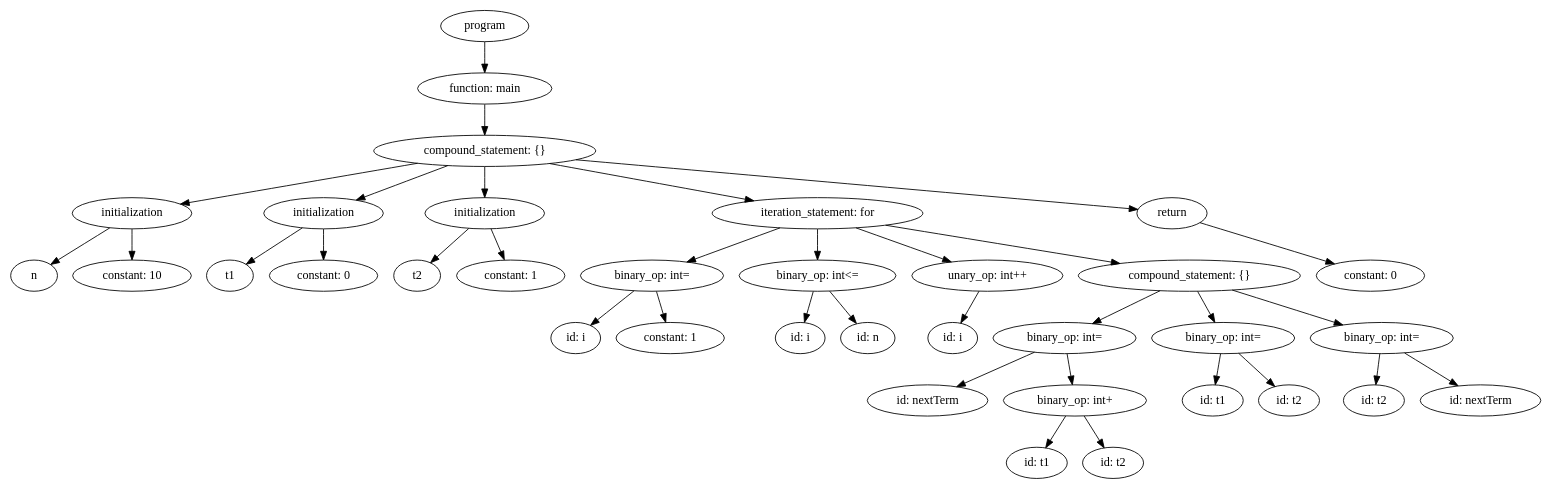
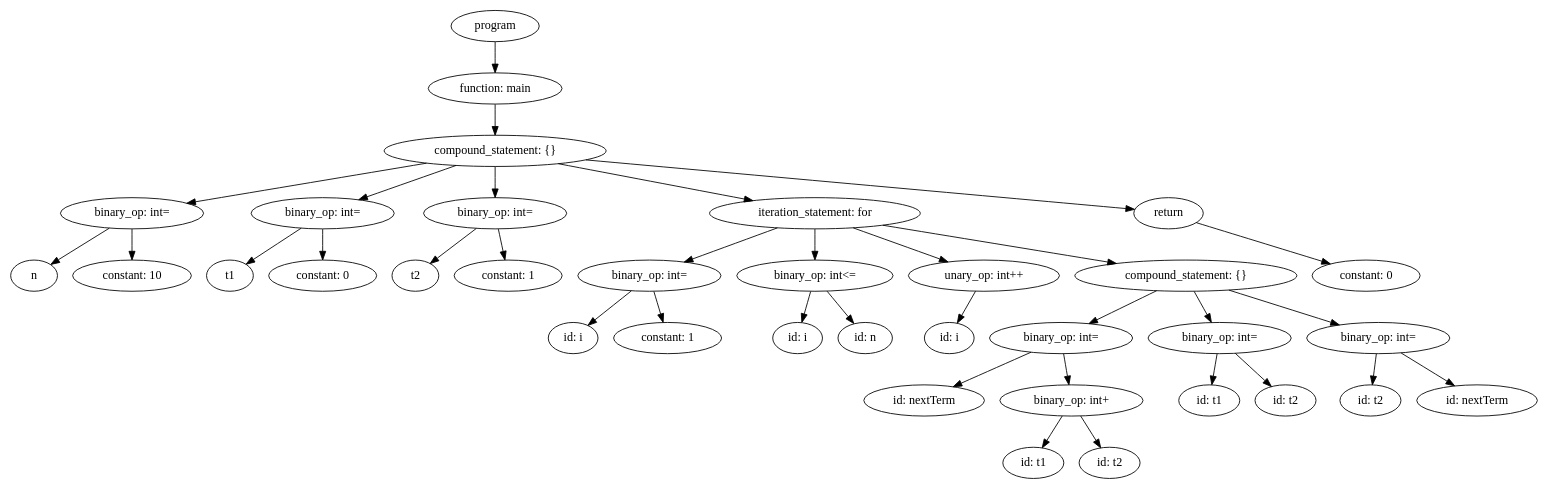
The diagram in output/test5.dot (rjnrohit/C-Compiler-CS335), drawn with Graphviz before and after one commit. The commit also changed 68 other files, not shown here.

```diff
--- a/output/test5.dot
+++ b/output/test5.dot
@@ -1,178 +1,178 @@
 strict digraph "" {
-	graph [bb="0,0,1765.5,540"];
+	graph [bb="0,0,1508.2,540"];
 	node [label="\N"];
 	45	[height=0.5,
 		label=program,
-		pos="547,522",
-		width=1.4082];
+		pos="490,522",
+		width=1.1389];
 	44	[height=0.5,
 		label="function: main",
-		pos="547,450",
-		width=2.1528];
-	45 -> 44	[pos="e,547,468.1 547,503.7 547,495.98 547,486.71 547,478.11"];
+		pos="490,450",
+		width=1.7512];
+	45 -> 44	[pos="e,490,468.1 490,503.7 490,495.98 490,486.71 490,478.11"];
 	43	[height=0.5,
 		label="compound_statement: {}",
-		pos="547,378",
-		width=3.5566];
-	44 -> 43	[pos="e,547,396.1 547,431.7 547,423.98 547,414.71 547,406.11"];
+		pos="490,378",
+		width=2.7984];
+	44 -> 43	[pos="e,490,396.1 490,431.7 490,423.98 490,414.71 490,406.11"];
 	9	[height=0.5,
-		label=initialization,
-		pos="140,306",
-		width=1.9167];
-	43 -> 9	[pos="e,195.97,316.63 469.49,363.67 393.16,350.54 277.85,330.71 205.84,318.32"];
+		label="binary_op: int=",
+		pos="126,306",
+		width=1.8234];
+	43 -> 9	[pos="e,178.17,317.03 424.08,364.32 357.09,351.44 254.08,331.63 188.38,319"];
 	13	[height=0.5,
-		label=initialization,
-		pos="361,306",
-		width=1.9167];
-	43 -> 13	[pos="e,398.74,321.2 504.33,360.94 475.71,350.17 437.99,335.98 408.43,324.85"];
+		label="binary_op: int=",
+		pos="320,306",
+		width=1.8234];
+	43 -> 13	[pos="e,354.84,321.35 451.85,361.29 425.84,350.58 391.32,336.37 364.13,325.17"];
 	17	[height=0.5,
-		label=initialization,
-		pos="547,306",
-		width=1.9167];
-	43 -> 17	[pos="e,547,324.1 547,359.7 547,351.98 547,342.71 547,334.11"];
+		label="binary_op: int=",
+		pos="490,306",
+		width=1.8234];
+	43 -> 17	[pos="e,490,324.1 490,359.7 490,351.98 490,342.71 490,334.11"];
 	40	[height=0.5,
 		label="iteration_statement: for",
-		pos="931,306",
-		width=3.3761];
-	43 -> 40	[pos="e,857.54,320.39 621.95,363.34 686.72,351.53 780.24,334.48 847.41,322.24"];
+		pos="798,306",
+		width=2.5998];
+	43 -> 40	[pos="e,739.98,320.19 549.75,363.42 601.46,351.67 676.21,334.68 730.16,322.42"];
 	42	[height=0.5,
 		label=return,
-		pos="1340,306",
-		width=1.125];
-	43 -> 42	[pos="e,1300.6,310.48 652.3,367.7 825.44,352.42 1163.7,322.56 1290.4,311.37"];
+		pos="1127,306",
+		width=0.88889];
+	43 -> 42	[pos="e,1095.9,310.42 573.28,367.85 711.36,352.68 982.7,322.86 1085.9,311.52"];
 	7	[height=0.5,
 		label=n,
 		pos="27,234",
 		width=0.75];
-	9 -> 7	[pos="e,46.203,246.9 114.36,289.12 96.725,278.19 73.307,263.69 55.156,252.44"];
+	9 -> 7	[pos="e,44.899,247.66 103.04,288.76 88.236,278.3 68.939,264.65 53.489,253.73"];
 	8	[height=0.5,
 		label="constant: 10",
-		pos="140,234",
-		width=1.8957];
-	9 -> 8	[pos="e,140,252.1 140,287.7 140,279.98 140,270.71 140,262.11"];
+		pos="126,234",
+		width=1.5];
+	9 -> 8	[pos="e,126,252.1 126,287.7 126,279.98 126,270.71 126,262.11"];
 	11	[height=0.5,
 		label=t1,
-		pos="253,234",
+		pos="225,234",
 		width=0.75];
-	13 -> 11	[pos="e,271.69,247.12 336.49,289.12 319.75,278.26 297.54,263.87 280.24,252.65"];
+	13 -> 11	[pos="e,242.48,247.88 297.97,288.76 283.85,278.37 265.48,264.83 250.71,253.94"];
 	12	[height=0.5,
 		label="constant: 0",
-		pos="361,234",
-		width=1.7361];
-	13 -> 12	[pos="e,361,252.1 361,287.7 361,279.98 361,270.71 361,262.11"];
+		pos="320,234",
+		width=1.375];
+	13 -> 12	[pos="e,320,252.1 320,287.7 320,279.98 320,270.71 320,262.11"];
 	15	[height=0.5,
 		label=t2,
-		pos="469,234",
+		pos="415,234",
 		width=0.75];
-	17 -> 15	[pos="e,484.46,248.88 528.52,288.41 517.61,278.62 503.71,266.15 492.08,255.72"];
+	17 -> 15	[pos="e,430.12,249.11 472.23,288.41 461.91,278.78 448.81,266.55 437.74,256.23"];
 	16	[height=0.5,
 		label="constant: 1",
-		pos="577,234",
-		width=1.7361];
-	17 -> 16	[pos="e,569.6,252.28 554.26,288.05 557.68,280.09 561.82,270.41 565.64,261.51"];
+		pos="510,234",
+		width=1.375];
+	17 -> 16	[pos="e,505.11,252.1 494.94,287.7 497.17,279.9 499.85,270.51 502.33,261.83"];
 	22	[height=0.5,
 		label="binary_op: int=",
-		pos="740,234",
-		width=2.2929];
-	40 -> 22	[pos="e,780.23,249.75 887.66,289.12 858.56,278.45 820.14,264.37 789.78,253.25"];
+		pos="643,234",
+		width=1.8234];
+	40 -> 22	[pos="e,675.65,249.75 762.83,289.12 739.72,278.68 709.38,264.98 685.01,253.97"];
 	25	[height=0.5,
 		label="binary_op: int<=",
-		pos="931,234",
-		width=2.5139];
-	40 -> 25	[pos="e,931,252.1 931,287.7 931,279.98 931,270.71 931,262.11"];
+		pos="798,234",
+		width=1.9861];
+	40 -> 25	[pos="e,798,252.1 798,287.7 798,279.98 798,270.71 798,262.11"];
 	27	[height=0.5,
 		label="unary_op: int++",
-		pos="1127,234",
-		width=2.4192];
-	40 -> 27	[pos="e,1085.4,249.86 975.48,289.12 1005.2,278.49 1044.5,264.47 1075.6,253.36"];
+		pos="957,234",
+		width=1.9167];
+	40 -> 27	[pos="e,923.34,249.82 833.68,289.29 857.47,278.82 888.87,264.99 914.03,253.92"];
 	39	[height=0.5,
 		label="compound_statement: {}",
-		pos="1360,234",
-		width=3.5566];
-	40 -> 39	[pos="e,1280,248.05 1009.7,292.16 1083.2,280.17 1192.8,262.28 1269.8,249.71"];
+		pos="1145,234",
+		width=2.7984];
+	40 -> 39	[pos="e,1080.9,247.94 860.04,292.49 919.16,280.56 1008.2,262.59 1071,249.93"];
 	41	[height=0.5,
 		label="constant: 0",
-		pos="1569,234",
-		width=1.7361];
-	42 -> 41	[pos="e,1527.5,247.67 1372.3,295.12 1410.1,283.56 1473.3,264.27 1517.8,250.66"];
+		pos="1313,234",
+		width=1.375];
+	42 -> 41	[pos="e,1279.8,247.48 1152.9,295.27 1183.2,283.87 1233.8,264.81 1270,251.17"];
 	20	[height=0.5,
 		label="id: i",
-		pos="652,162",
-		width=0.79437];
-	22 -> 20	[pos="e,669.16,176.65 719.15,216.41 706.52,206.37 690.34,193.49 677.02,182.9"];
+		pos="563,162",
+		width=0.75];
+	22 -> 20	[pos="e,578.86,176.88 624.04,216.41 612.85,206.62 598.6,194.15 586.67,183.72"];
 	21	[height=0.5,
 		label="constant: 1",
-		pos="761,162",
-		width=1.7361];
-	22 -> 21	[pos="e,755.87,180.1 745.19,215.7 747.53,207.9 750.35,198.51 752.95,189.83"];
+		pos="658,162",
+		width=1.375];
+	22 -> 21	[pos="e,654.33,180.1 646.71,215.7 648.36,207.98 650.35,198.71 652.19,190.11"];
 	23	[height=0.5,
 		label="id: i",
-		pos="911,162",
-		width=0.79437];
-	25 -> 23	[pos="e,915.89,180.1 926.06,215.7 923.83,207.9 921.15,198.51 918.67,189.83"];
+		pos="783,162",
+		width=0.75];
+	25 -> 23	[pos="e,786.67,180.1 794.29,215.7 792.64,207.98 790.65,198.71 788.81,190.11"];
 	24	[height=0.5,
 		label="id: n",
-		pos="989,162",
-		width=0.86659];
-	25 -> 24	[pos="e,975.88,178.83 945.04,216.05 952.37,207.2 961.47,196.23 969.47,186.57"];
+		pos="855,162",
+		width=0.75];
+	25 -> 24	[pos="e,842.5,178.36 811.8,216.05 819.11,207.08 828.2,195.92 836.15,186.15"];
 	26	[height=0.5,
 		label="id: i",
-		pos="1087,162",
-		width=0.79437];
-	27 -> 26	[pos="e,1096.3,179.31 1117.3,216.05 1112.5,207.68 1106.7,197.4 1101.4,188.13"];
+		pos="942,162",
+		width=0.75];
+	27 -> 26	[pos="e,945.67,180.1 953.29,215.7 951.64,207.98 949.65,198.71 947.81,190.11"];
 	32	[height=0.5,
 		label="binary_op: int=",
-		pos="1216,162",
-		width=2.2929];
-	39 -> 32	[pos="e,1248.1,178.59 1326.2,216.59 1305.6,206.55 1279,193.63 1257.1,182.99"];
+		pos="1053,162",
+		width=1.8234];
+	39 -> 32	[pos="e,1074.3,179.23 1123.2,216.41 1111.1,207.19 1095.8,195.59 1082.6,185.55"];
 	35	[height=0.5,
 		label="binary_op: int=",
-		pos="1399,162",
-		width=2.2929];
-	39 -> 35	[pos="e,1389.5,180.1 1369.6,215.7 1374.1,207.64 1379.6,197.89 1384.5,188.98"];
+		pos="1202,162",
+		width=1.8234];
+	39 -> 35	[pos="e,1188.3,179.79 1158.8,216.05 1165.7,207.54 1174.3,197.07 1181.9,187.68"];
 	38	[height=0.5,
 		label="binary_op: int=",
-		pos="1582,162",
-		width=2.2929];
-	39 -> 38	[pos="e,1537.1,177.15 1409.5,217.38 1444.5,206.37 1491.2,191.62 1527.3,180.26"];
+		pos="1351,162",
+		width=1.8234];
+	39 -> 38	[pos="e,1311.3,176.5 1189.7,217.81 1222.7,206.61 1267.5,191.38 1301.5,179.81"];
 	28	[height=0.5,
 		label="id: nextTerm",
-		pos="1058,90",
-		width=1.9318];
-	32 -> 28	[pos="e,1091.5,105.85 1181.3,145.64 1157.6,135.15 1126.1,121.17 1100.9,109.98"];
+		pos="917,90",
+		width=1.5887];
+	32 -> 28	[pos="e,945.52,105.68 1023.5,145.81 1003.3,135.4 976.24,121.49 954.49,110.29"];
 	31	[height=0.5,
 		label="binary_op: int+",
-		pos="1228,90",
-		width=2.2929];
-	32 -> 31	[pos="e,1225.1,108.1 1219,143.7 1220.3,135.98 1221.9,126.71 1223.4,118.11"];
+		pos="1058,90",
+		width=1.8234];
+	32 -> 31	[pos="e,1056.8,108.1 1054.2,143.7 1054.8,135.98 1055.4,126.71 1056.1,118.11"];
 	33	[height=0.5,
 		label="id: t1",
-		pos="1387,90",
-		width=0.97491];
-	35 -> 33	[pos="e,1389.9,108.1 1396,143.7 1394.7,135.98 1393.1,126.71 1391.6,118.11"];
+		pos="1187,90",
+		width=0.81243];
+	35 -> 33	[pos="e,1190.7,108.1 1198.3,143.7 1196.6,135.98 1194.7,126.71 1192.8,118.11"];
 	34	[height=0.5,
 		label="id: t2",
-		pos="1475,90",
-		width=0.97491];
-	35 -> 34	[pos="e,1458.7,106.04 1417,144.41 1427.2,135.04 1440,123.21 1451,113.07"];
+		pos="1263,90",
+		width=0.81243];
+	35 -> 34	[pos="e,1249.5,106.51 1216.5,144.41 1224.4,135.35 1234.3,123.99 1242.9,114.08"];
 	36	[height=0.5,
 		label="id: t2",
-		pos="1573,90",
-		width=0.97491];
-	38 -> 36	[pos="e,1575.2,108.1 1579.8,143.7 1578.8,135.98 1577.6,126.71 1576.5,118.11"];
+		pos="1347,90",
+		width=0.81243];
+	38 -> 36	[pos="e,1348,108.1 1350,143.7 1349.6,135.98 1349,126.71 1348.5,118.11"];
 	37	[height=0.5,
 		label="id: nextTerm",
-		pos="1696,90",
-		width=1.9318];
-	38 -> 37	[pos="e,1670.1,106.91 1608.4,144.76 1624.2,135.07 1644.5,122.64 1661.5,112.17"];
+		pos="1451,90",
+		width=1.5887];
+	38 -> 37	[pos="e,1428.6,106.67 1374.2,144.76 1387.9,135.18 1405.4,122.92 1420.2,112.53"];
 	29	[height=0.5,
 		label="id: t1",
-		pos="1184,18",
-		width=0.97491];
-	31 -> 29	[pos="e,1194.3,35.307 1217.3,72.055 1212,63.592 1205.5,53.19 1199.6,43.845"];
+		pos="1020,18",
+		width=0.81243];
+	31 -> 29	[pos="e,1028.9,35.307 1048.8,72.055 1044.3,63.679 1038.7,53.404 1033.6,44.134"];
 	30	[height=0.5,
 		label="id: t2",
-		pos="1272,18",
-		width=0.97491];
-	31 -> 30	[pos="e,1261.7,35.307 1238.7,72.055 1244,63.592 1250.5,53.19 1256.4,43.845"];
+		pos="1096,18",
+		width=0.81243];
+	31 -> 30	[pos="e,1087.1,35.307 1067.2,72.055 1071.7,63.679 1077.3,53.404 1082.4,44.134"];
 }
```
